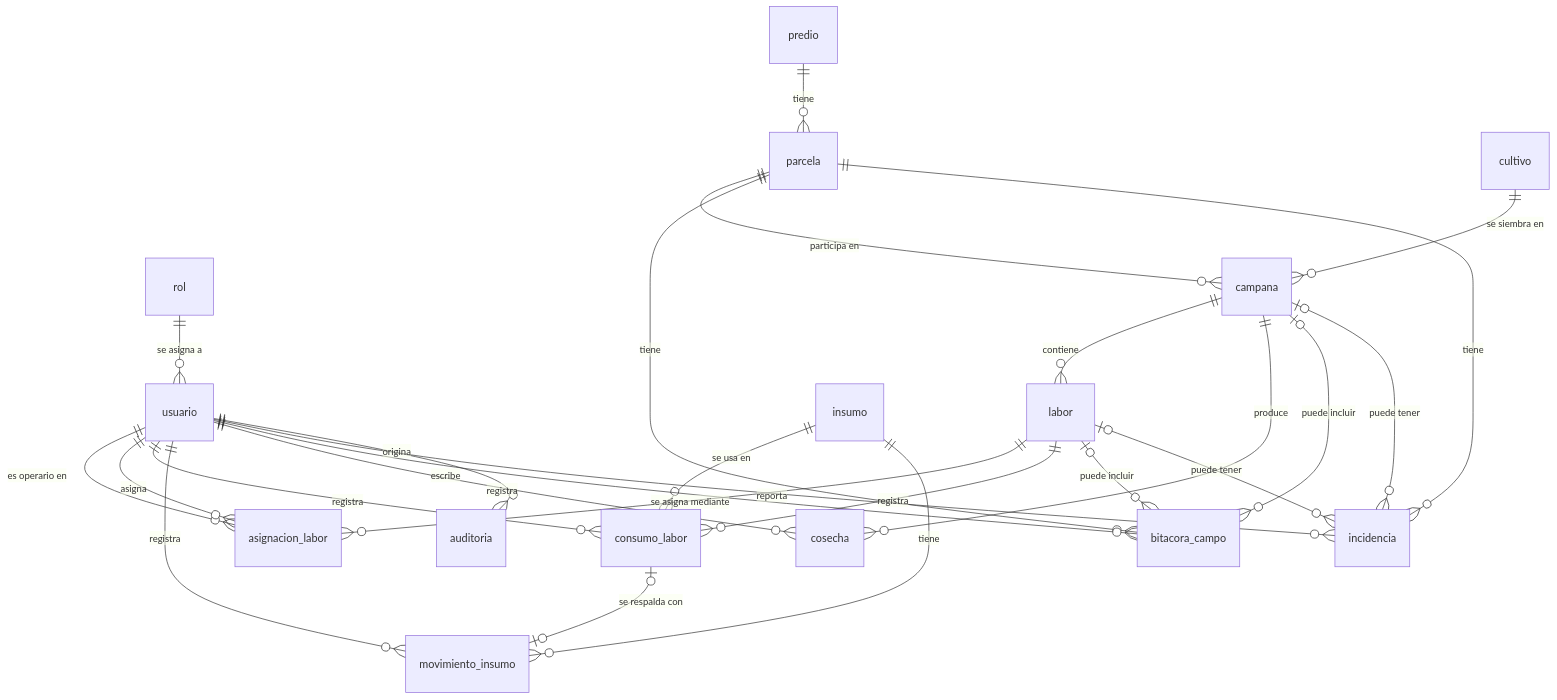
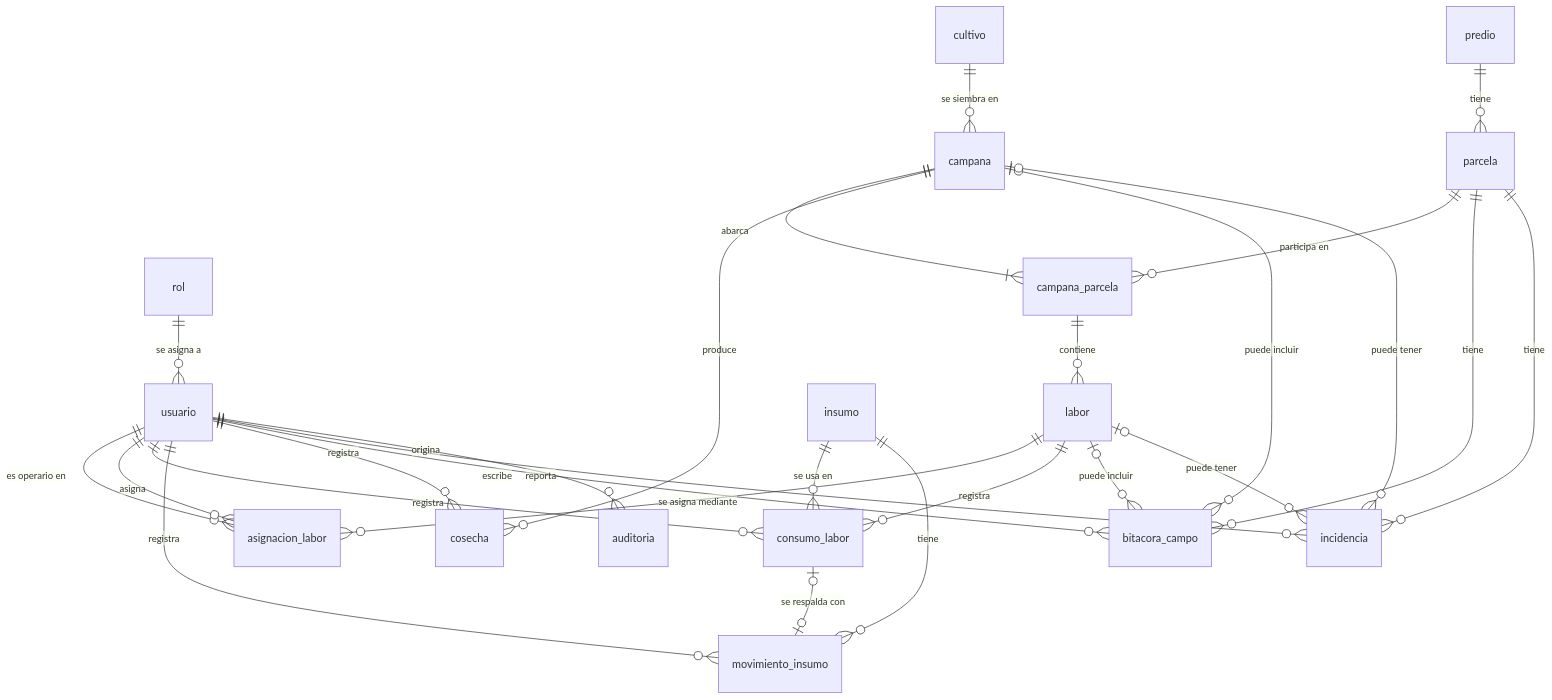
Before and after one commit to mariareneortfer/agrocontrol: the diagram in docs/04-model/der-logico-v0.1.md, drawn with Mermaid. The commit also changed other lines of this file and 7 other files, not shown here.

````diff
--- a/docs/04-model/der-logico-v0.1.md
+++ b/docs/04-model/der-logico-v0.1.md
@@ -18,28 +20,29 @@
 ```mermaid
 erDiagram
     rol ||--o{ usuario : "se asigna a"
     predio ||--o{ parcela : "tiene"
-    parcela ||--o{ campana : "participa en"
+    campana ||--|{ campana_parcela : "abarca"
+    parcela ||--o{ campana_parcela : "participa en"
     cultivo ||--o{ campana : "se siembra en"
-    campana ||--o{ labor : "contiene"
+    campana_parcela ||--o{ labor : "contiene"
     labor ||--o{ asignacion_labor : "se asigna mediante"
     usuario ||--o{ asignacion_labor : "es operario en"
     usuario ||--o{ asignacion_labor : "asigna"
     labor ||--o{ consumo_labor : "registra"
     insumo ||--o{ consumo_labor : "se usa en"
     usuario ||--o{ consumo_labor : "registra"
     insumo ||--o{ movimiento_insumo : "tiene"
     usuario ||--o{ movimiento_insumo : "registra"
     consumo_labor |o--o| movimiento_insumo : "se respalda con"
     campana ||--o{ cosecha : "produce"
     usuario ||--o{ cosecha : "registra"
     parcela ||--o{ bitacora_campo : "tiene"
     campana |o--o{ bitacora_campo : "puede incluir"
     labor |o--o{ bitacora_campo : "puede incluir"
     usuario ||--o{ bitacora_campo : "escribe"
     parcela ||--o{ incidencia : "tiene"
     campana |o--o{ incidencia : "puede tener"
     labor |o--o{ incidencia : "puede tener"
     usuario ||--o{ incidencia : "reporta"
     usuario ||--o{ auditoria : "origina"
 ```
````
